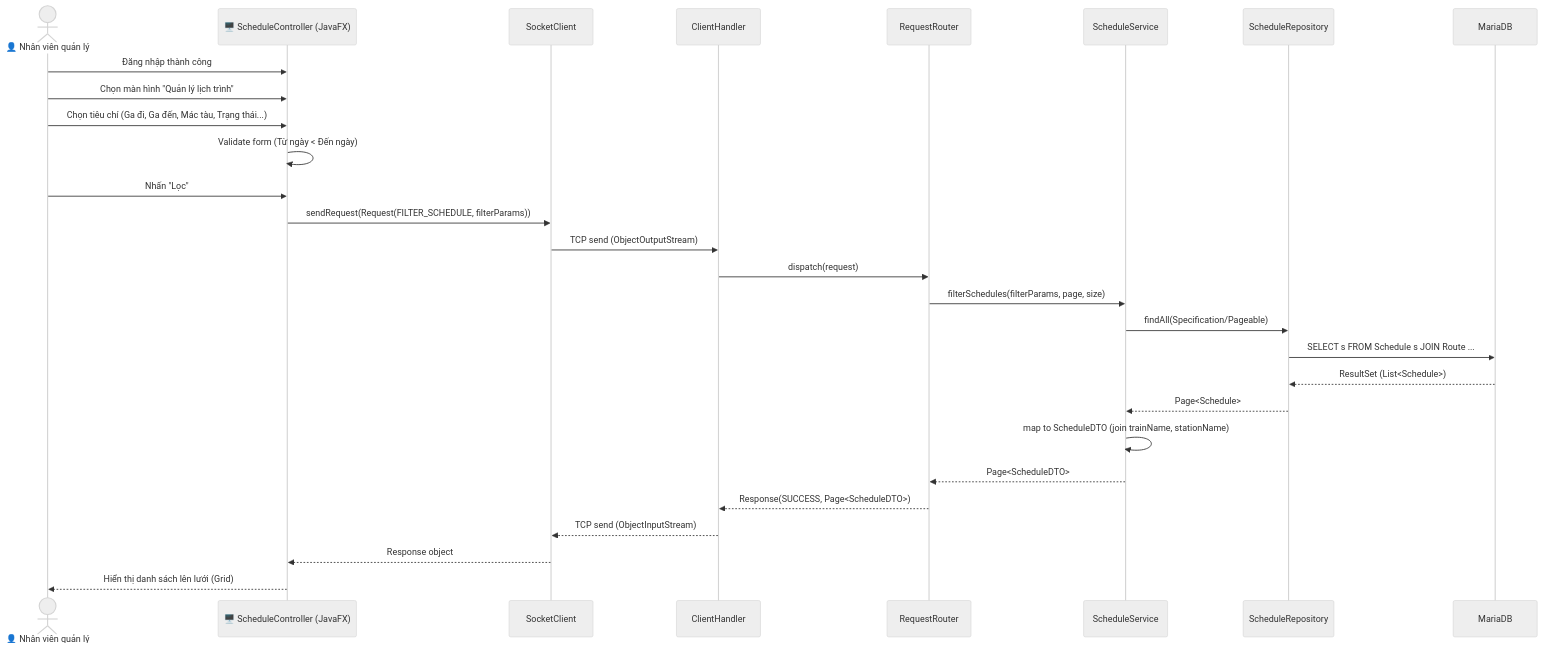
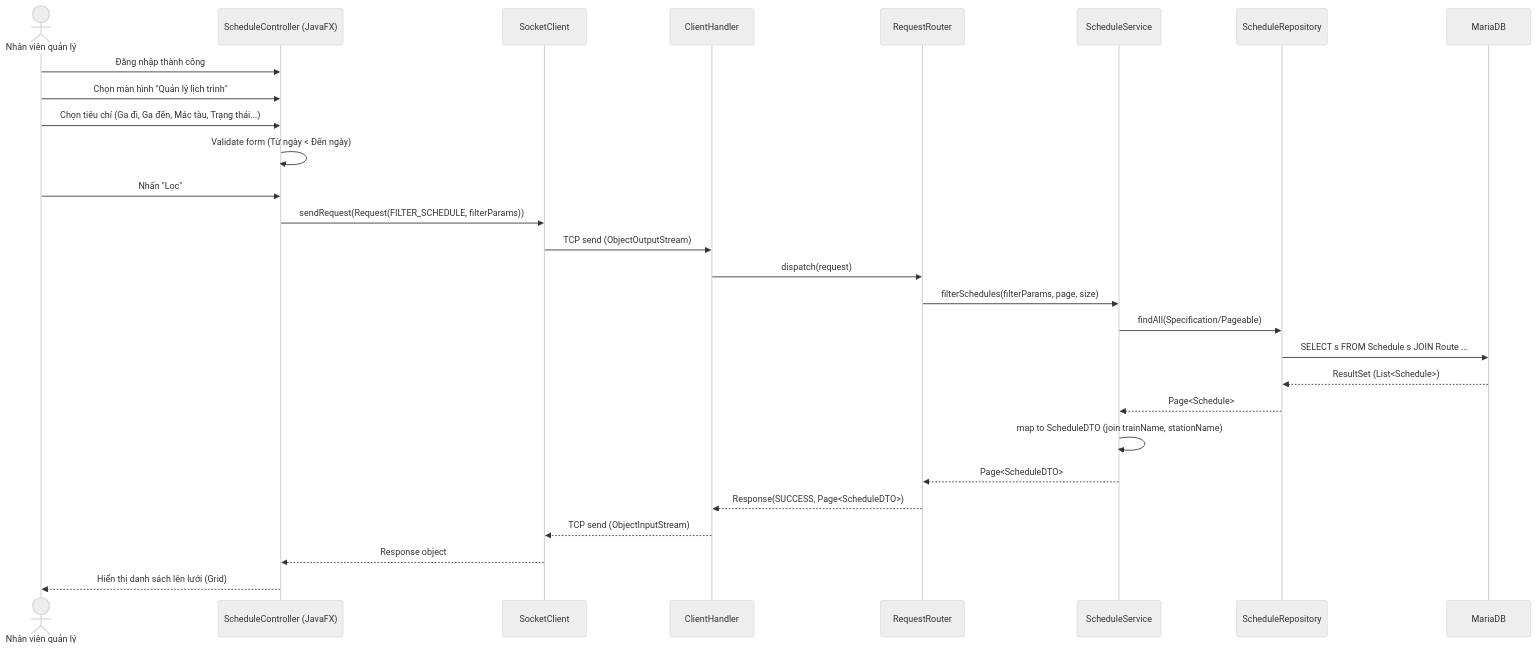
Before and after one commit to Distributed-Programing-Project/railway-reservation-system-server: the second of 3 diagrams in docs/diagrams/sequence/uc005-loc-lich-trinh-tau.md, drawn with Mermaid (neutral theme). The commit also changed 11 other files, not shown here.

First line of the commit message:
fix(diagram): remove all emojis/icons from sequence diagrams for consistency

````diff
--- a/docs/diagrams/sequence/uc005-loc-lich-trinh-tau.md
+++ b/docs/diagrams/sequence/uc005-loc-lich-trinh-tau.md
@@ -37,33 +37,33 @@
 ```mermaid
 sequenceDiagram
-    actor User as 👤 Nhân viên quản lý
-    participant UI as 🖥️ ScheduleController (JavaFX)
+    actor User as Nhân viên quản lý
+    participant UI as ScheduleController (JavaFX)
     participant ClientNet as SocketClient
     participant ServerNet as ClientHandler
     participant Router as RequestRouter
     participant Svc as ScheduleService
     participant Repo as ScheduleRepository
     participant DB as MariaDB
 
     User->>UI: Đăng nhập thành công
     User->>UI: Chọn màn hình "Quản lý lịch trình"
     User->>UI: Chọn tiêu chí (Ga đi, Ga đến, Mác tàu, Trạng thái...)
     UI->>UI: Validate form (Từ ngày < Đến ngày)
     User->>UI: Nhấn "Lọc"
     UI->>ClientNet: sendRequest(Request(FILTER_SCHEDULE, filterParams))
     ClientNet->>ServerNet: TCP send (ObjectOutputStream)
     ServerNet->>Router: dispatch(request)
     Router->>Svc: filterSchedules(filterParams, page, size)
     
     Svc->>Repo: findAll(Specification/Pageable)
     Repo->>DB: SELECT s FROM Schedule s JOIN Route ...
     DB-->>Repo: ResultSet (List<Schedule>)
     Repo-->>Svc: Page<Schedule>
     
     Svc->>Svc: map to ScheduleDTO (join trainName, stationName)
     Svc-->>Router: Page<ScheduleDTO>
     Router-->>ServerNet: Response(SUCCESS, Page<ScheduleDTO>)
     ServerNet-->>ClientNet: TCP send (ObjectInputStream)
     ClientNet-->>UI: Response object
     UI-->>User: Hiển thị danh sách lên lưới (Grid)
 ```
````
